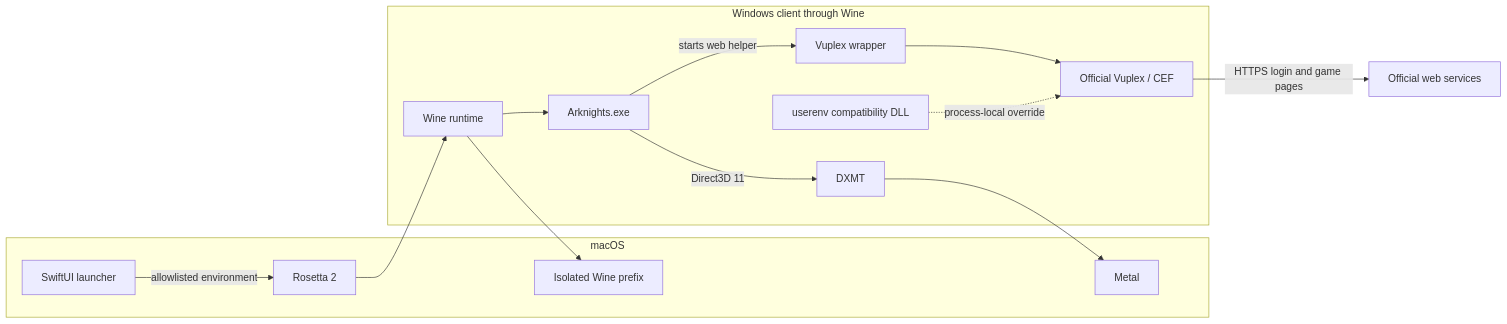
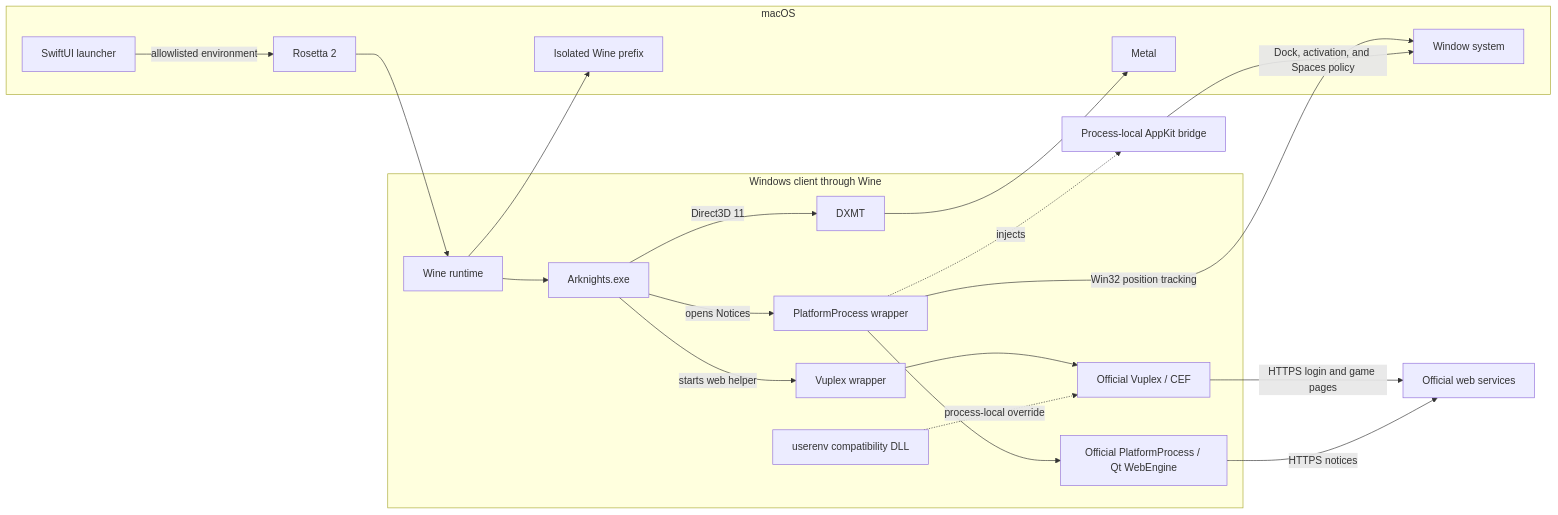
The second of 3 diagrams in docs/architecture.md (LuMiSxh/Arknights-MacOS-Client), drawn with Mermaid before and after one commit. The commit also changed other lines of this file and 15 other files, not shown here.

````diff
--- a/docs/architecture.md
+++ b/docs/architecture.md
@@ -44,29 +46,39 @@
 ```mermaid
 flowchart LR
 	subgraph macOS
 		Launcher[SwiftUI launcher]
 		Rosetta[Rosetta 2]
 		Metal[Metal]
 		Prefix[Isolated Wine prefix]
+		WindowSystem[Window system]
 	end
 
 	subgraph Windows client through Wine
 		Wine[Wine runtime]
 		Game[Arknights.exe]
 		DXMT[DXMT]
 		Shim[Vuplex wrapper]
 		CEF[Official Vuplex / CEF]
 		Userenv[userenv compatibility DLL]
+		PlatformShim[PlatformProcess wrapper]
+		Platform[Official PlatformProcess / Qt WebEngine]
 	end
+	Bridge[Process-local AppKit bridge]
 
 	Launcher -->|allowlisted environment| Rosetta
 	Rosetta --> Wine
 	Wine --> Prefix
 	Wine --> Game
 	Game -->|Direct3D 11| DXMT
 	DXMT --> Metal
 	Game -->|starts web helper| Shim
 	Shim --> CEF
 	Userenv -. process-local override .-> CEF
 	CEF -->|HTTPS login and game pages| Web[Official web services]
+	Game -->|opens Notices| PlatformShim
+	PlatformShim --> Platform
+	PlatformShim -. injects .-> Bridge
+	PlatformShim -->|Win32 position tracking| WindowSystem
+	Bridge -->|Dock, activation, and Spaces policy| WindowSystem
+	Platform -->|HTTPS notices| Web
 ```
````
